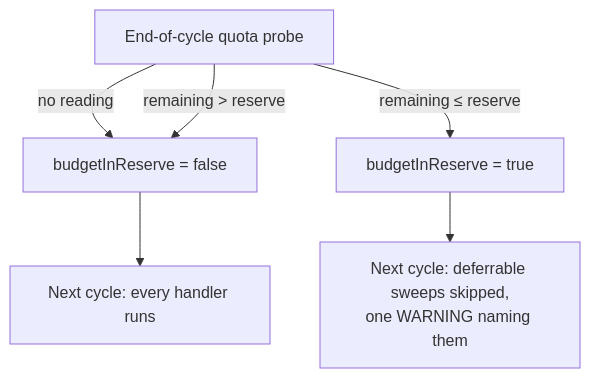
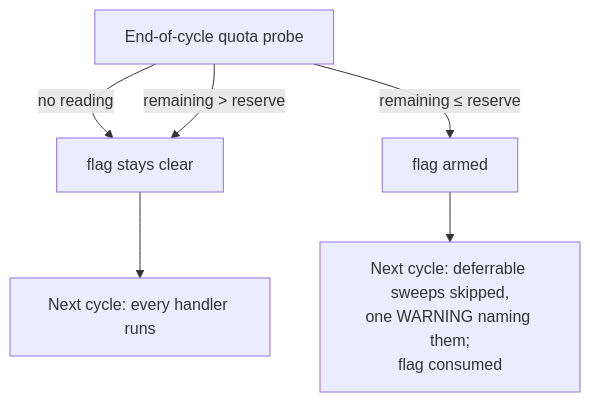
The fifth of 5 diagrams in docs/GH-API-OPTIMISATION.md (stSoftwareAU/VibeCoder), drawn with Mermaid before and after one commit. The commit also changed other lines of this file and 3 other files, not shown here.

````diff
--- a/docs/GH-API-OPTIMISATION.md
+++ b/docs/GH-API-OPTIMISATION.md
@@ -645,8 +649,8 @@
 ```mermaid
 flowchart TD
-    P["End-of-cycle quota probe"] -->|"no reading"| C["budgetInReserve = false"]
+    P["End-of-cycle quota probe"] -->|"no reading"| C["flag stays clear"]
     P -->|"remaining > reserve"| C
-    P -->|"remaining ≤ reserve"| R["budgetInReserve = true"]
+    P -->|"remaining ≤ reserve"| R["flag armed"]
     C --> N["Next cycle: every handler runs"]
-    R --> S["Next cycle: deferrable sweeps skipped,<br/>one WARNING naming them"]
+    R --> S["Next cycle: deferrable sweeps skipped,<br/>one WARNING naming them;<br/>flag consumed"]
 ```
````
